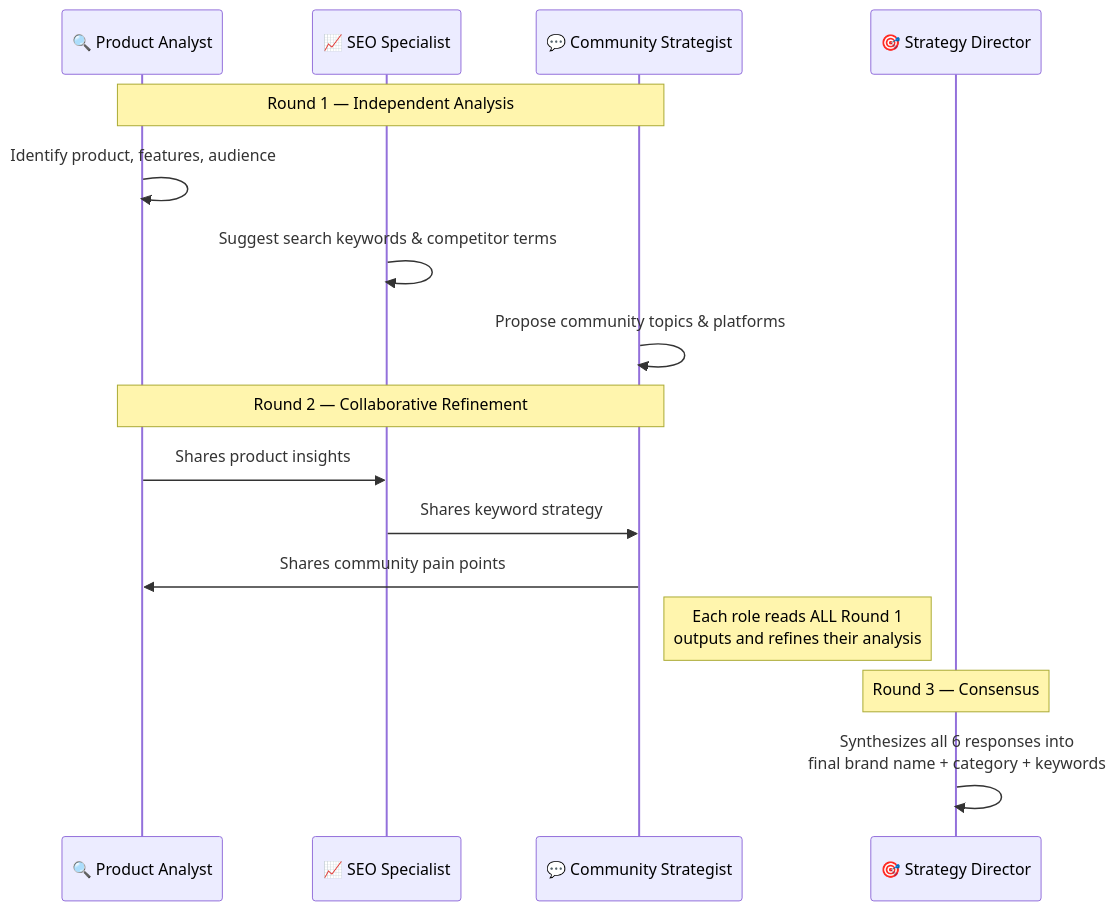
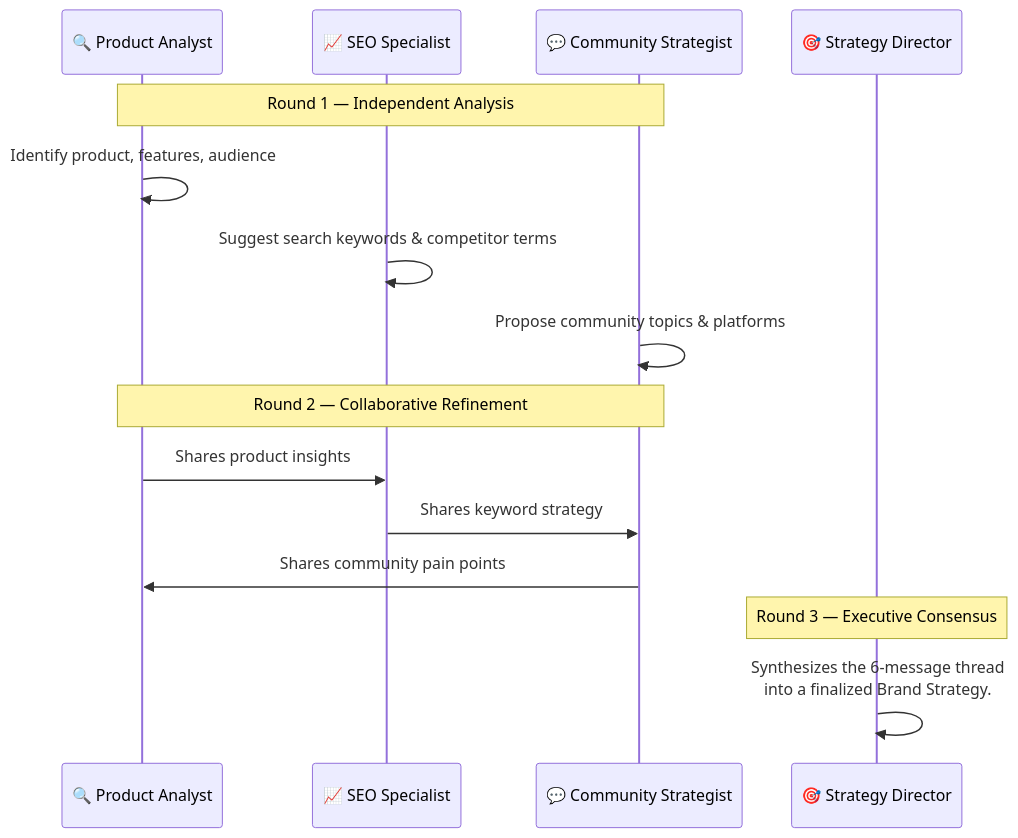
One commit to chancat87/OpenCMO changed the diagram in README.md. Above: the diagram before and after it, drawn with Mermaid. The commit also changed other lines of this file and 21 other files, not shown here.

First line of the commit message:
style: redesign 3D knowledge graph to elegant light theme with glassmorphism

````diff
--- a/README.md
+++ b/README.md
@@ -205,21 +85,20 @@
 ```mermaid
 sequenceDiagram
     participant PA as 🔍 Product Analyst
     participant SEO as 📈 SEO Specialist
     participant CS as 💬 Community Strategist
     participant SD as 🎯 Strategy Director
 
     Note over PA,CS: Round 1 — Independent Analysis
     PA->>PA: Identify product, features, audience
     SEO->>SEO: Suggest search keywords & competitor terms
     CS->>CS: Propose community topics & platforms
 
     Note over PA,CS: Round 2 — Collaborative Refinement
     PA->>SEO: Shares product insights
     SEO->>CS: Shares keyword strategy
     CS->>PA: Shares community pain points
-    Note right of CS: Each role reads ALL Round 1<br/>outputs and refines their analysis
 
-    Note over SD: Round 3 — Consensus
-    SD->>SD: Synthesizes all 6 responses into<br/>final brand name + category + keywords
+    Note over SD: Round 3 — Executive Consensus
+    SD->>SD: Synthesizes the 6-message thread<br/>into a finalized Brand Strategy.
 ```
````
